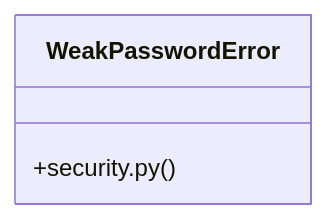
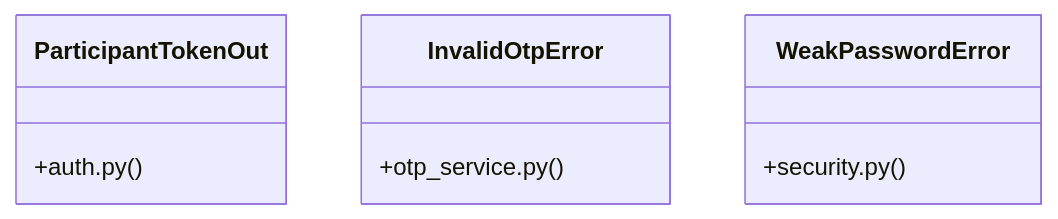
The diagram in graphify-out/wiki/[make_admin()_&_hash_password()]_Cluster.md (adjanayo/synca_conf_back), drawn with Mermaid before and after one commit. The commit also changed other lines of this file and 68 other files, not shown here.

````diff
--- a/graphify-out/wiki/[make_admin()_&_hash_password()]_Cluster.md
+++ b/graphify-out/wiki/[make_admin()_&_hash_password()]_Cluster.md
@@ -36,6 +36,12 @@
 ```mermaid
 classDiagram
+    class ParticipantTokenOut {
+        +auth.py()
+    }
+    class InvalidOtpError {
+        +otp_service.py()
+    }
     class WeakPasswordError {
         +security.py()
     }
 ```
````
